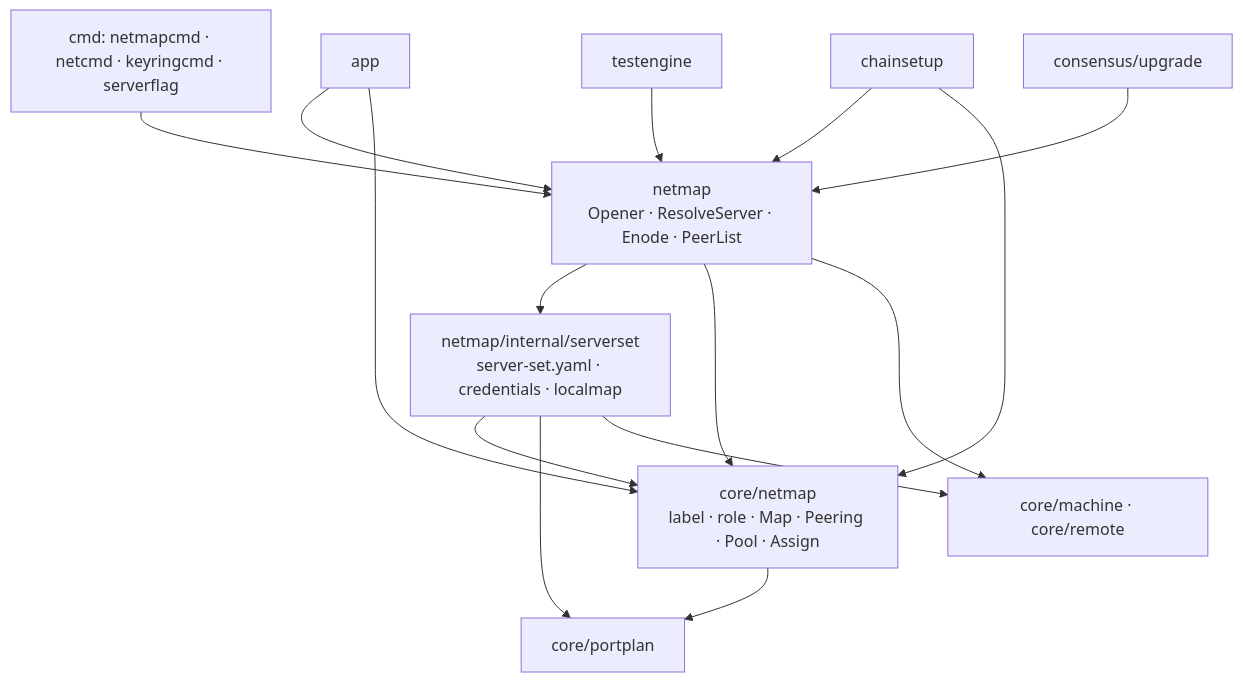
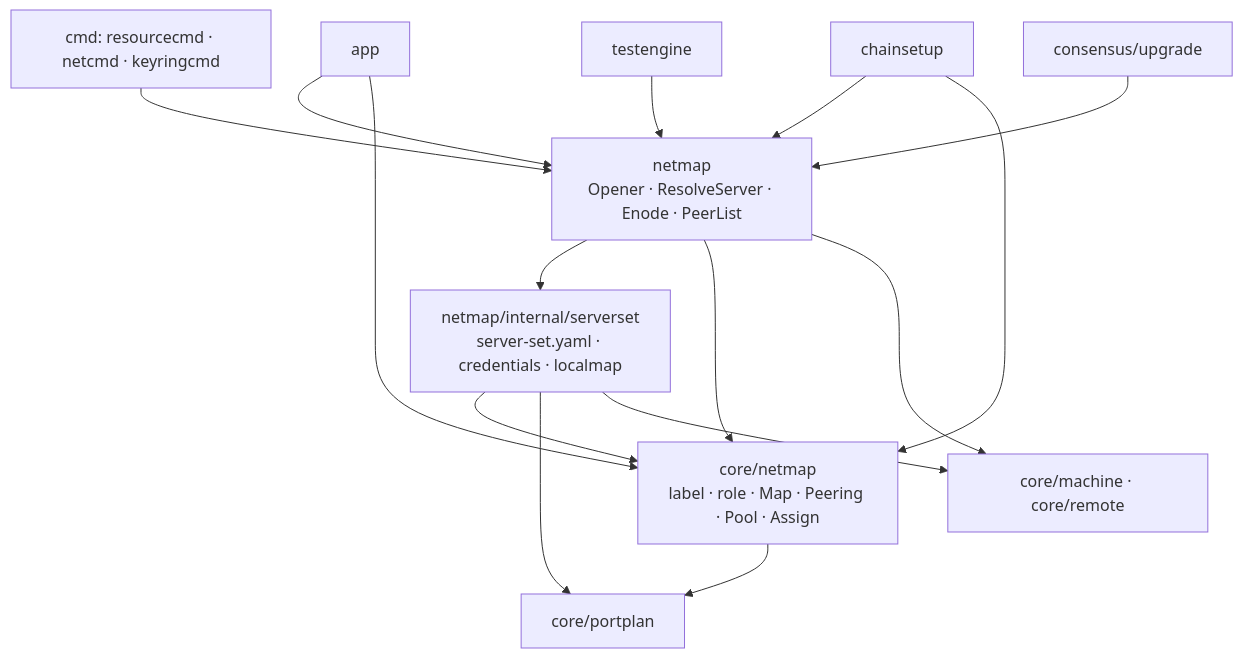
Before and after one commit to 0xmhha/chainbench: the second of 2 diagrams in docs/dev/architecture/code-graph.md, drawn with Mermaid. The commit also changed other lines of this file and 9 other files, not shown here.

````diff
--- a/docs/dev/architecture/code-graph.md
+++ b/docs/dev/architecture/code-graph.md
@@ -90,28 +90,28 @@
 ```mermaid
 flowchart TD
-    cmd[cmd: netmapcmd · netcmd · keyringcmd · serverflag]
+    cmd[cmd: resourcecmd · netcmd · keyringcmd]
     app[app]
     setup[chainsetup]
     engine[testengine]
     upg[consensus/upgrade]
     nm[netmap<br/>Opener · ResolveServer · Enode · PeerList]
     ss[netmap/internal/serverset<br/>server-set.yaml · credentials · localmap]
     cnm[core/netmap<br/>label · role · Map · Peering · Pool · Assign]
     pp[core/portplan]
     mach[core/machine · core/remote]
 
     cmd --> nm
     app --> nm
     app --> cnm
     setup --> nm
     setup --> cnm
     engine --> nm
     upg --> nm
     nm --> ss
     nm --> cnm
     nm --> mach
     ss --> cnm
     ss --> pp
     ss --> mach
     cnm --> pp
 ```
````
